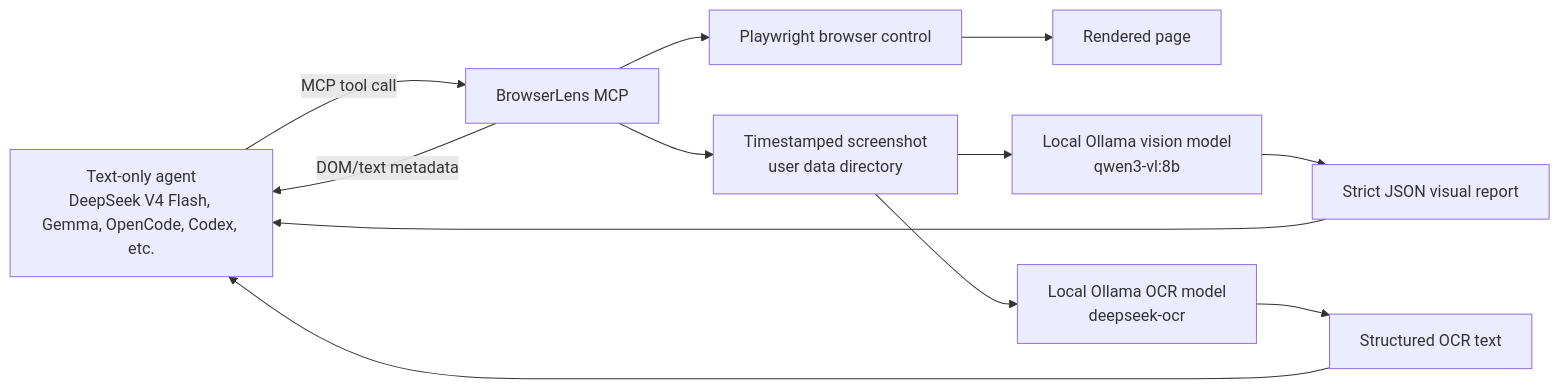
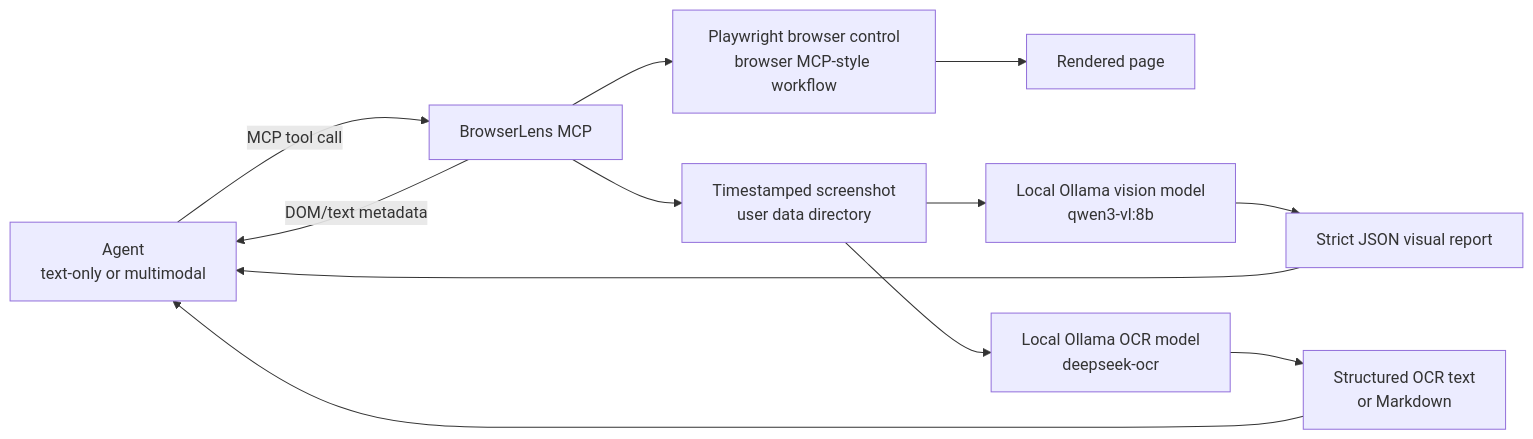
Before and after one commit to MAMISHO/browserlens: the first of 4 diagrams in README.md, drawn with Mermaid. The commit also changed other lines of this file and 2 other files, not shown here.

Commit message:
fix: markdown explanation

````diff
--- a/README.md
+++ b/README.md
@@ -32,14 +43,14 @@
 ```mermaid
 flowchart LR
-  A["Text-only agent<br/>DeepSeek V4 Flash, Gemma, OpenCode, Codex, etc."] -->|"MCP tool call"| B["BrowserLens MCP"]
-  B --> C["Playwright browser control"]
+  A["Agent<br/>text-only or multimodal"] -->|"MCP tool call"| B["BrowserLens MCP"]
+  B --> C["Playwright browser control<br/>browser MCP-style workflow"]
   C --> D["Rendered page"]
   B --> E["Timestamped screenshot<br/>user data directory"]
   E --> F["Local Ollama vision model<br/>qwen3-vl:8b"]
   E --> G["Local Ollama OCR model<br/>deepseek-ocr"]
   F --> H["Strict JSON visual report"]
-  G --> I["Structured OCR text"]
+  G --> I["Structured OCR text<br/>or Markdown"]
   H --> A
   I --> A
   B -->|"DOM/text metadata"| A
 ```
````
